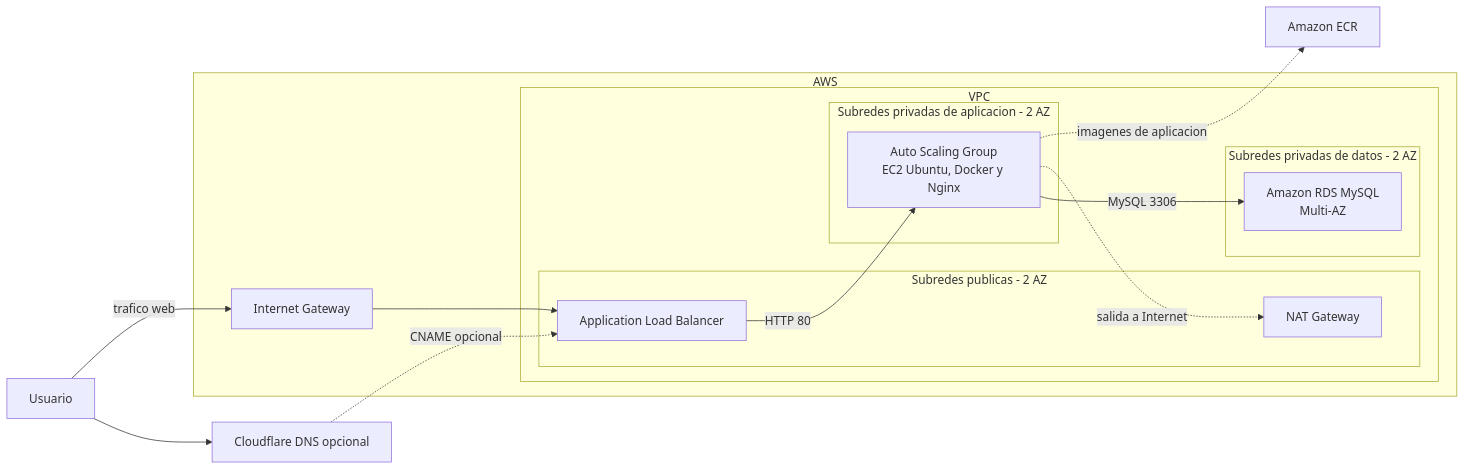
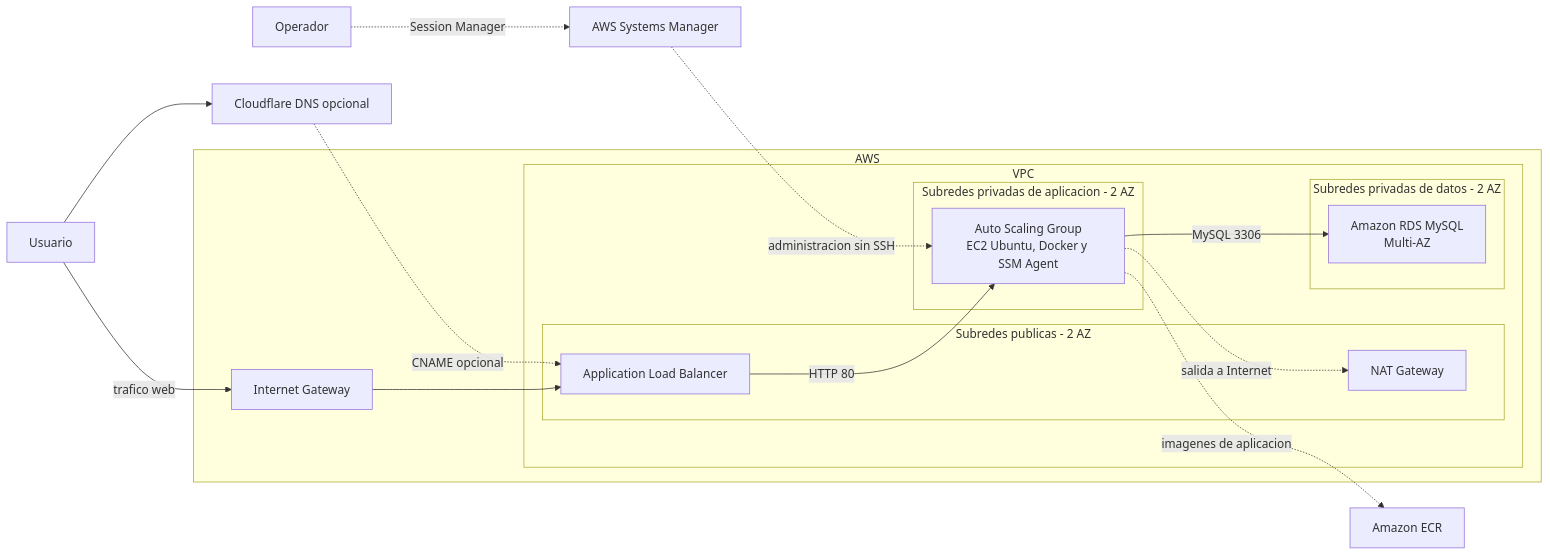
Before and after one commit to Alejorodazz/aws-deployment: the diagram in README.md, drawn with Mermaid. The commit also changed other lines of this file, not shown here.

````diff
--- a/README.md
+++ b/README.md
@@ -42,34 +44,38 @@
 ```mermaid
 flowchart LR
     user[Usuario]
+    operator[Operador]
     cf[Cloudflare DNS opcional]
     ecr[Amazon ECR]
+    ssm[AWS Systems Manager]
 
     subgraph aws[AWS]
         igw[Internet Gateway]
 
         subgraph vpc[VPC]
             subgraph public[Subredes publicas - 2 AZ]
                 alb[Application Load Balancer]
                 nat[NAT Gateway]
             end
 
             subgraph app[Subredes privadas de aplicacion - 2 AZ]
-                asg[Auto Scaling Group\nEC2 Ubuntu, Docker y Nginx]
+                asg[Auto Scaling Group\nEC2 Ubuntu, Docker y SSM Agent]
             end
 
             subgraph data[Subredes privadas de datos - 2 AZ]
                 rds[Amazon RDS MySQL\nMulti-AZ]
             end
         end
     end
 
     user --> cf
     cf -. CNAME opcional .-> alb
     user -->|trafico web| igw
     igw --> alb
     alb -->|HTTP 80| asg
     asg -->|MySQL 3306| rds
     asg -. salida a Internet .-> nat
     asg -. imagenes de aplicacion .-> ecr
+    operator -. Session Manager .-> ssm
+    ssm -. administracion sin SSH .-> asg
 ```
````
